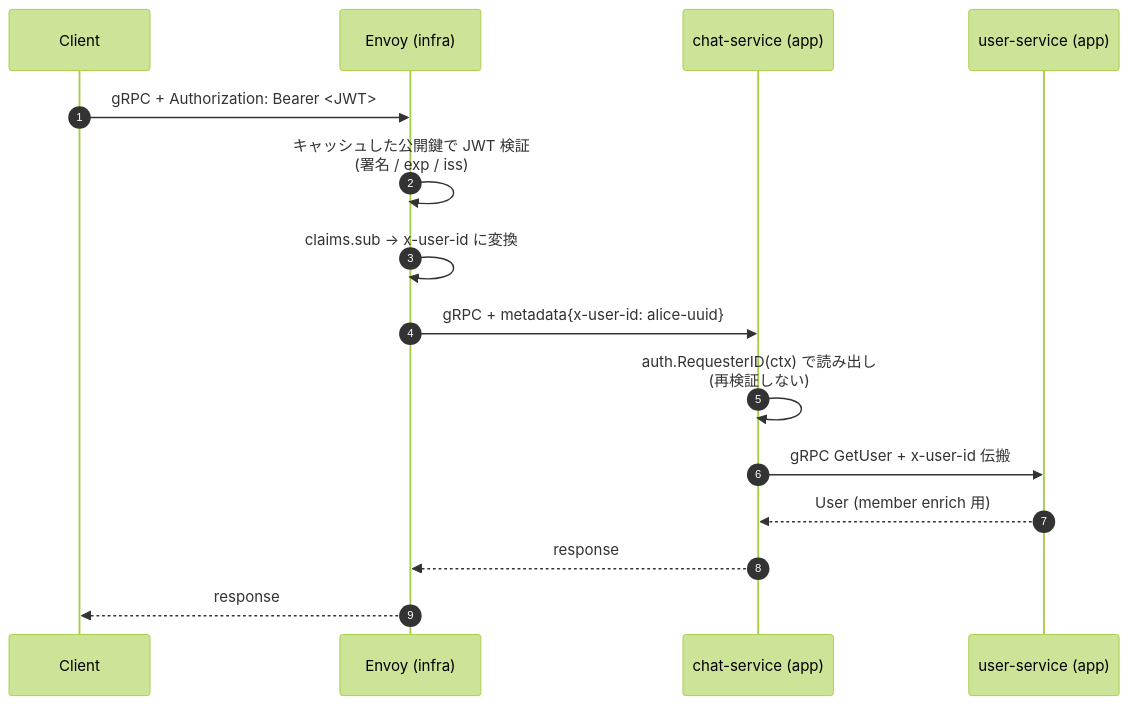
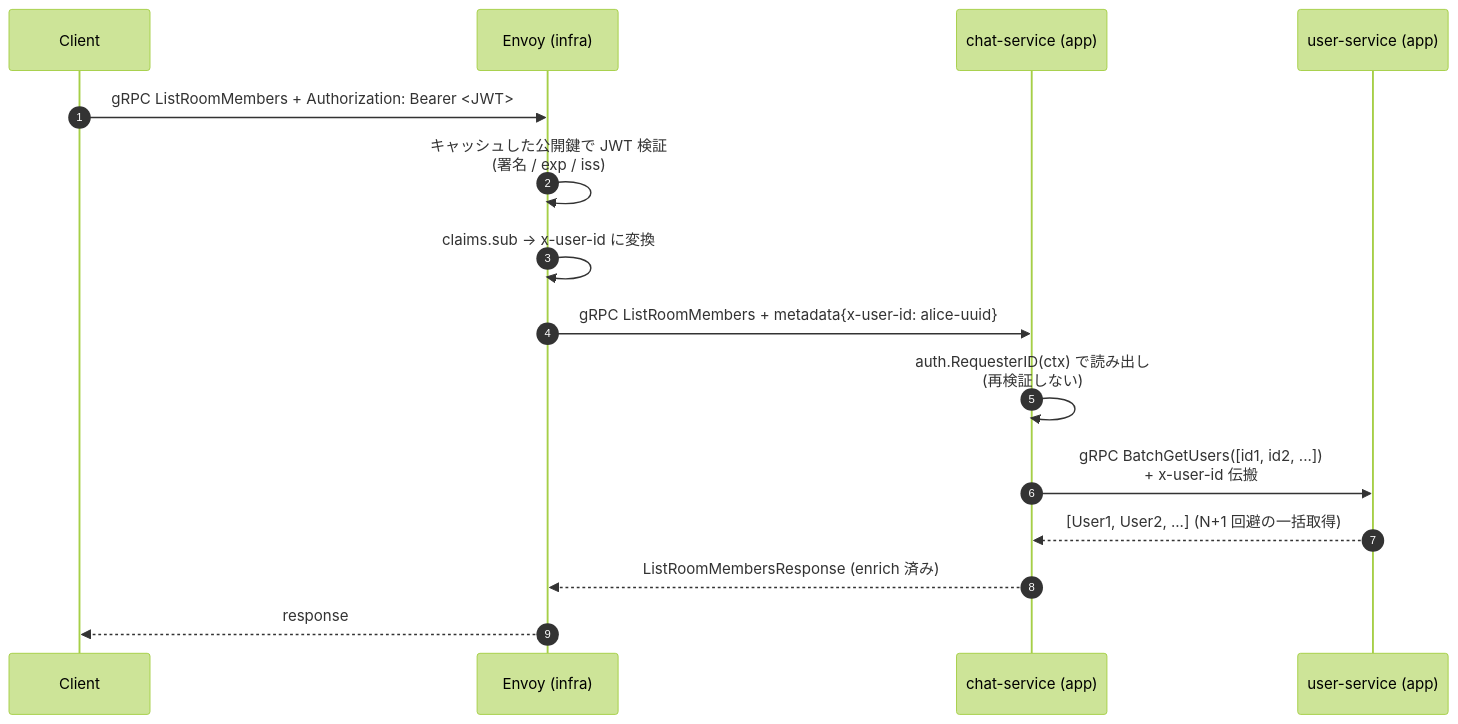
Before and after one commit to shunto-ishiguro/go-microservices-chat: the second of 2 diagrams in docs/phase/phase-1.md, drawn with Mermaid (forest theme). The commit also changed other lines of this file and 7 other files, not shown here.

Commit message:
docs: Phase 1 実装に合わせて手順書とアーキ図を更新

````diff
--- a/docs/phase/phase-1.md
+++ b/docs/phase/phase-1.md
@@ -288,18 +321,18 @@
 ```mermaid
 sequenceDiagram
     autonumber
     participant C as Client
     participant E as Envoy (infra)
     participant Ch as chat-service (app)
     participant U as user-service (app)
 
-    C->>E: gRPC + Authorization: Bearer <JWT>
+    C->>E: gRPC ListRoomMembers + Authorization: Bearer <JWT>
     E->>E: キャッシュした公開鍵で JWT 検証<br/>(署名 / exp / iss)
     E->>E: claims.sub → x-user-id に変換
-    E->>Ch: gRPC + metadata{x-user-id: alice-uuid}
+    E->>Ch: gRPC ListRoomMembers + metadata{x-user-id: alice-uuid}
     Ch->>Ch: auth.RequesterID(ctx) で読み出し<br/>(再検証しない)
-    Ch->>U: gRPC GetUser + x-user-id 伝搬
-    U-->>Ch: User (member enrich 用)
-    Ch-->>E: response
+    Ch->>U: gRPC BatchGetUsers([id1, id2, ...])<br/>+ x-user-id 伝搬
+    U-->>Ch: [User1, User2, ...] (N+1 回避の一括取得)
+    Ch-->>E: ListRoomMembersResponse (enrich 済み)
     E-->>C: response
 ```
````
